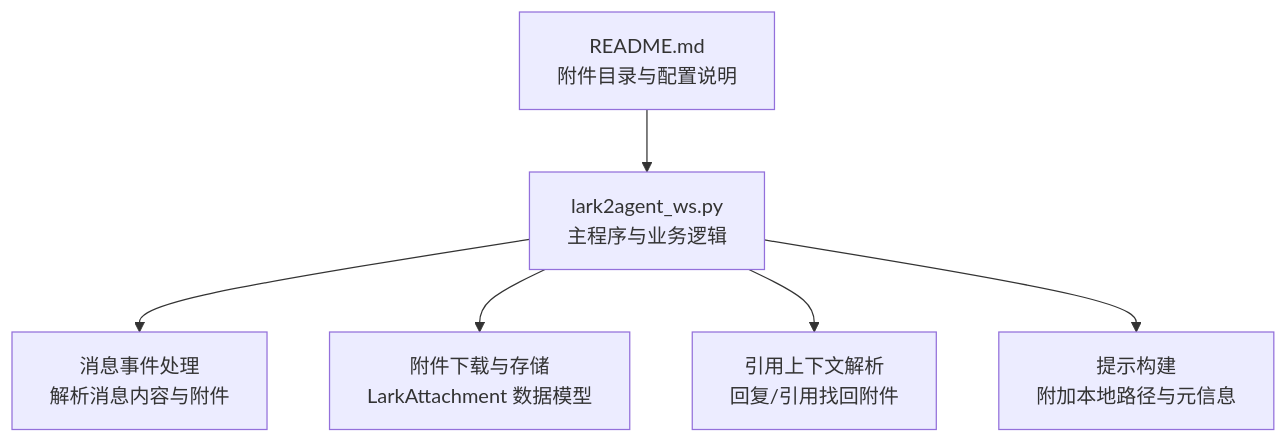
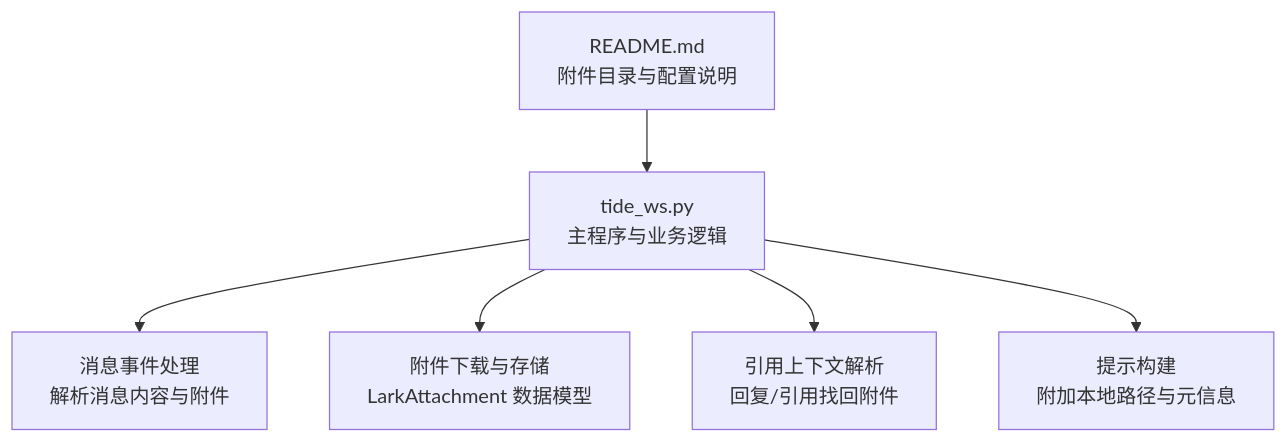
One commit to winditer/tide changed the first of 8 diagrams in .qoder/repowiki/zh/content/高级特性/附件处理.md. Above: the diagram before and after it, drawn with Mermaid. The commit also changed other lines of this file and 260 other files, not shown here.

````diff
--- a/.qoder/repowiki/zh/content/高级特性/附件处理.md
+++ b/.qoder/repowiki/zh/content/高级特性/附件处理.md
@@ -28,8 +28,8 @@
 ```mermaid
 graph TB
-A["lark2agent_ws.py<br/>主程序与业务逻辑"] --> B["消息事件处理<br/>解析消息内容与附件"]
+A["tide_ws.py<br/>主程序与业务逻辑"] --> B["消息事件处理<br/>解析消息内容与附件"]
 A --> C["附件下载与存储<br/>LarkAttachment 数据模型"]
 A --> D["引用上下文解析<br/>回复/引用找回附件"]
 A --> E["提示构建<br/>附加本地路径与元信息"]
 F["README.md<br/>附件目录与配置说明"] --> A
 ```
````
